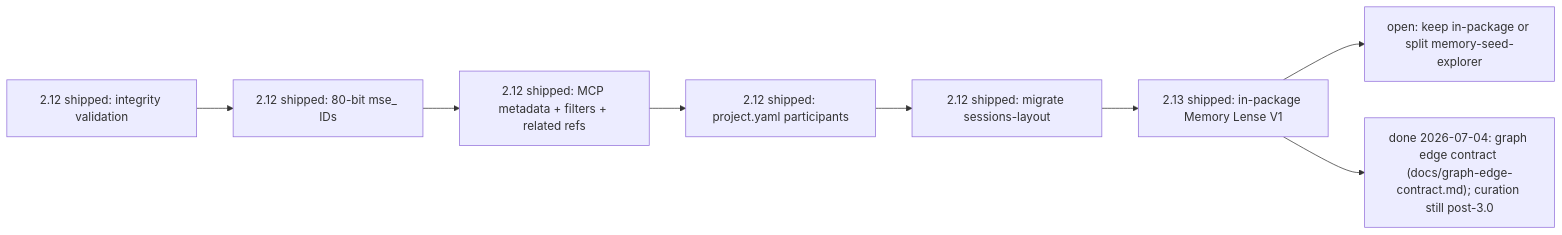
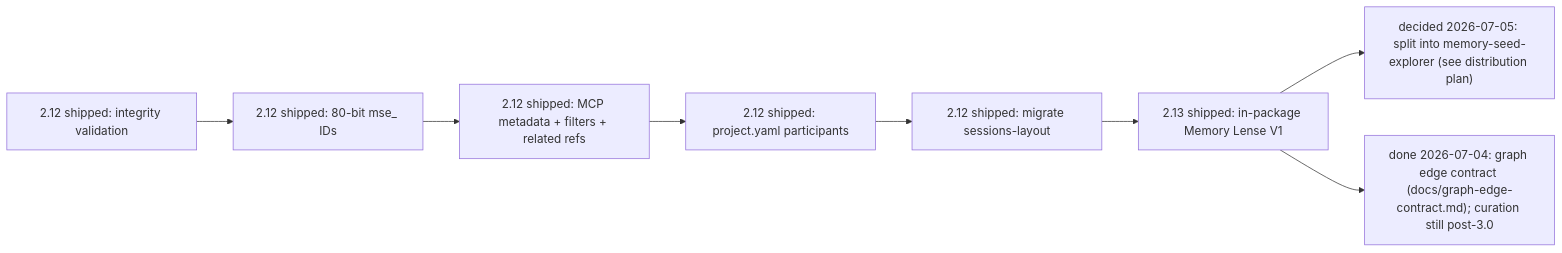
The diagram in docs/todo/3.0-plan.md (jnl-tshi/memory-seed), drawn with Mermaid before and after one commit. The commit also changed other lines of this file and 8 other files, not shown here.

First line of the commit message:
Decide Pillar B: split into memory-seed-explorer companion package

````diff
--- a/docs/todo/3.0-plan.md
+++ b/docs/todo/3.0-plan.md
@@ -374,11 +385,11 @@
 ```mermaid
 flowchart LR
   P3["2.12 shipped: integrity validation"]
   P3 --> ID["2.12 shipped: 80-bit mse_ IDs"]
   ID --> P4["2.12 shipped: MCP metadata + filters + related refs"]
   P4 --> S2["2.12 shipped: project.yaml participants"]
   S2 --> P5["2.12 shipped: migrate sessions-layout"]
   P5 --> LENSE["2.13 shipped: in-package Memory Lense V1"]
-  LENSE --> DIST["open: keep in-package or split memory-seed-explorer"]
+  LENSE --> DIST["decided 2026-07-05: split into memory-seed-explorer (see distribution plan)"]
   LENSE --> GRAPH["done 2026-07-04: graph edge contract (docs/graph-edge-contract.md); curation still post-3.0"]
 ```
````
